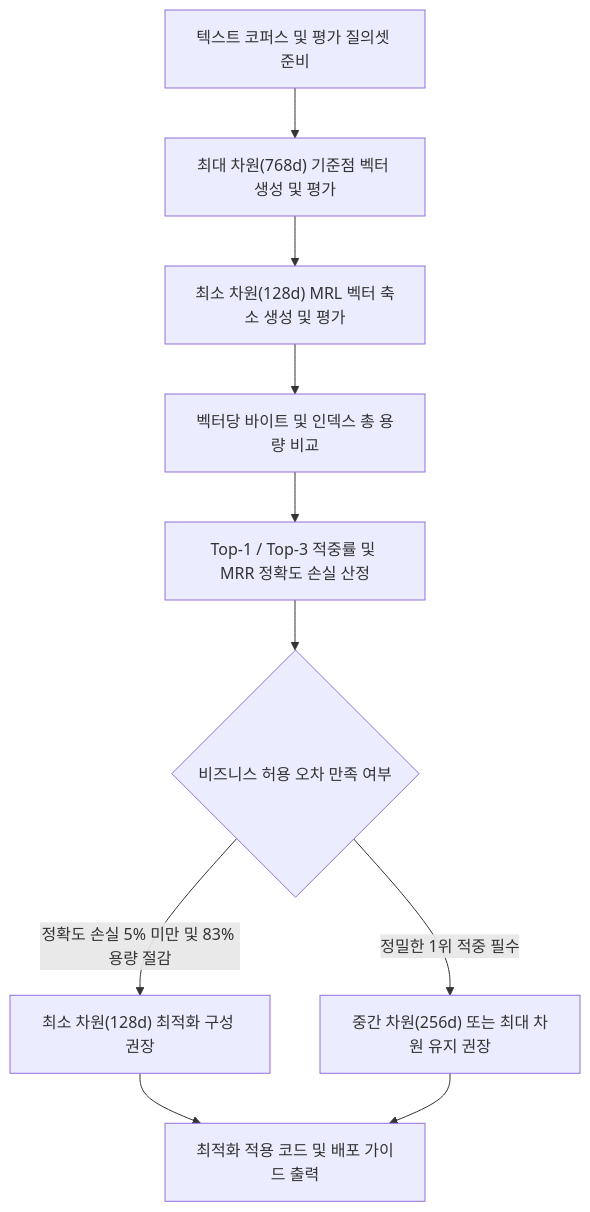
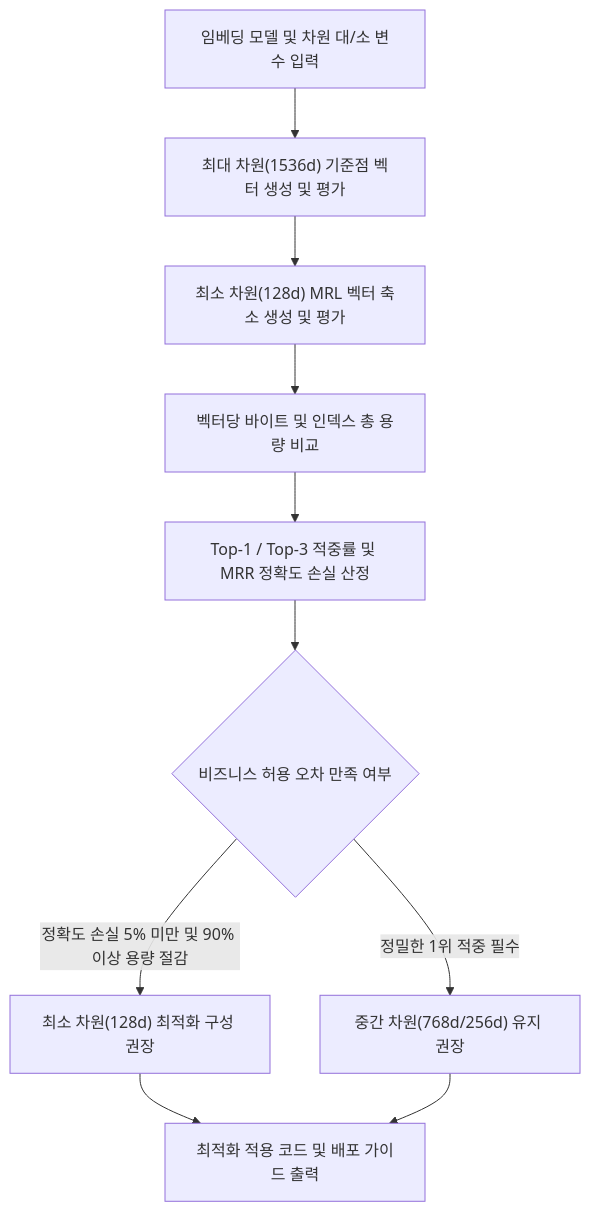
Before and after one commit to jiangjun-forge/google-cloud-0-to-1: the diagram in samples/embedding-dimension-tradeoff-analyzer/README.md, drawn with Mermaid. The commit also changed other lines of this file and 2 other files, not shown here.

````diff
--- a/samples/embedding-dimension-tradeoff-analyzer/README.md
+++ b/samples/embedding-dimension-tradeoff-analyzer/README.md
@@ -22,12 +23,12 @@
 ```mermaid
 graph TD
-    A["텍스트 코퍼스 및 평가 질의셋 준비"] --> B["최대 차원(768d) 기준점 벡터 생성 및 평가"]
+    A["임베딩 모델 및 차원 대/소 변수 입력"] --> B["최대 차원(1536d) 기준점 벡터 생성 및 평가"]
     B --> C["최소 차원(128d) MRL 벡터 축소 생성 및 평가"]
     C --> D["벡터당 바이트 및 인덱스 총 용량 비교"]
     D --> E["Top-1 / Top-3 적중률 및 MRR 정확도 손실 산정"]
     E --> F{"비즈니스 허용 오차 만족 여부"}
-    F -- "정확도 손실 5% 미만 및 83% 용량 절감" --> G["최소 차원(128d) 최적화 구성 권장"]
-    F -- "정밀한 1위 적중 필수" --> H["중간 차원(256d) 또는 최대 차원 유지 권장"]
+    F -- "정확도 손실 5% 미만 및 90% 이상 용량 절감" --> G["최소 차원(128d) 최적화 구성 권장"]
+    F -- "정밀한 1위 적중 필수" --> H["중간 차원(768d/256d) 유지 권장"]
     G --> I["최적화 적용 코드 및 배포 가이드 출력"]
     H --> I
 ```
````
